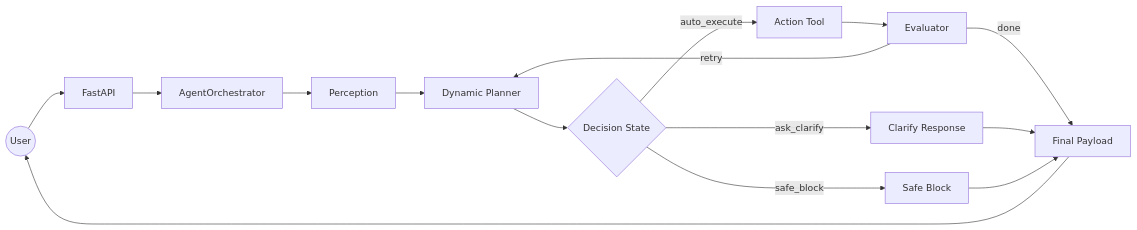
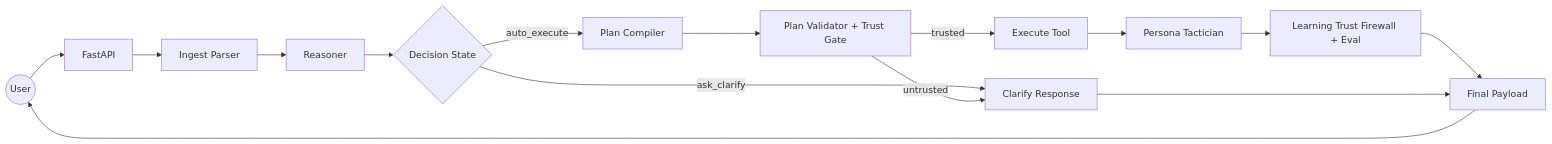
One commit to phunhph/agentic_ai changed the first of 2 diagrams in README.md. Above: the diagram before and after it, drawn with Mermaid. The commit also changed other lines of this file and 34 other files, not shown here.

````diff
--- a/README.md
+++ b/README.md
@@ -14,17 +14,17 @@
 ```mermaid
 graph LR
     U((User)) --> API[FastAPI]
-    API --> O[AgentOrchestrator]
-    O --> P[Perception]
-    P --> R[Dynamic Planner]
+    API --> P[Ingest Parser]
+    P --> R[Reasoner]
     R --> D{Decision State}
-    D -->|auto_execute| A[Action Tool]
     D -->|ask_clarify| C[Clarify Response]
-    D -->|safe_block| B[Safe Block]
-    A --> E[Evaluator]
-    E -->|retry| R
-    E -->|done| F[Final Payload]
+    D -->|auto_execute| PL[Plan Compiler]
+    PL --> V[Plan Validator + Trust Gate]
+    V -->|trusted| A[Execute Tool]
+    V -->|untrusted| C
+    A --> T[Persona Tactician]
+    T --> E[Learning Trust Firewall + Eval]
+    E --> F[Final Payload]
     C --> F
-    B --> F
     F --> U
 ```
````
